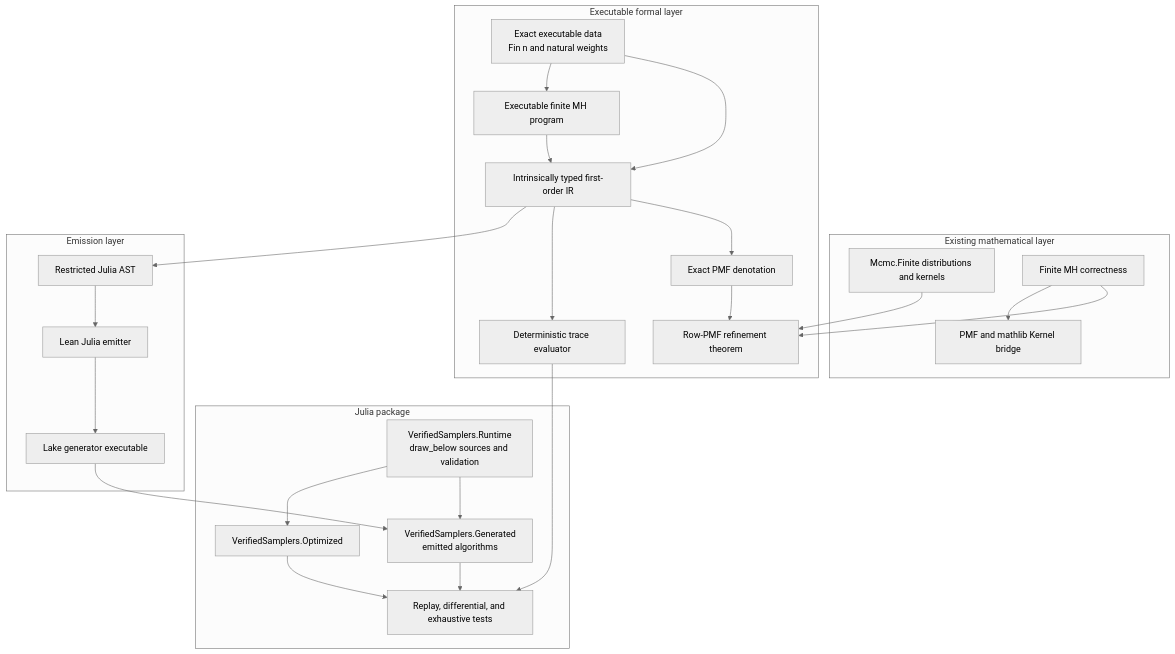
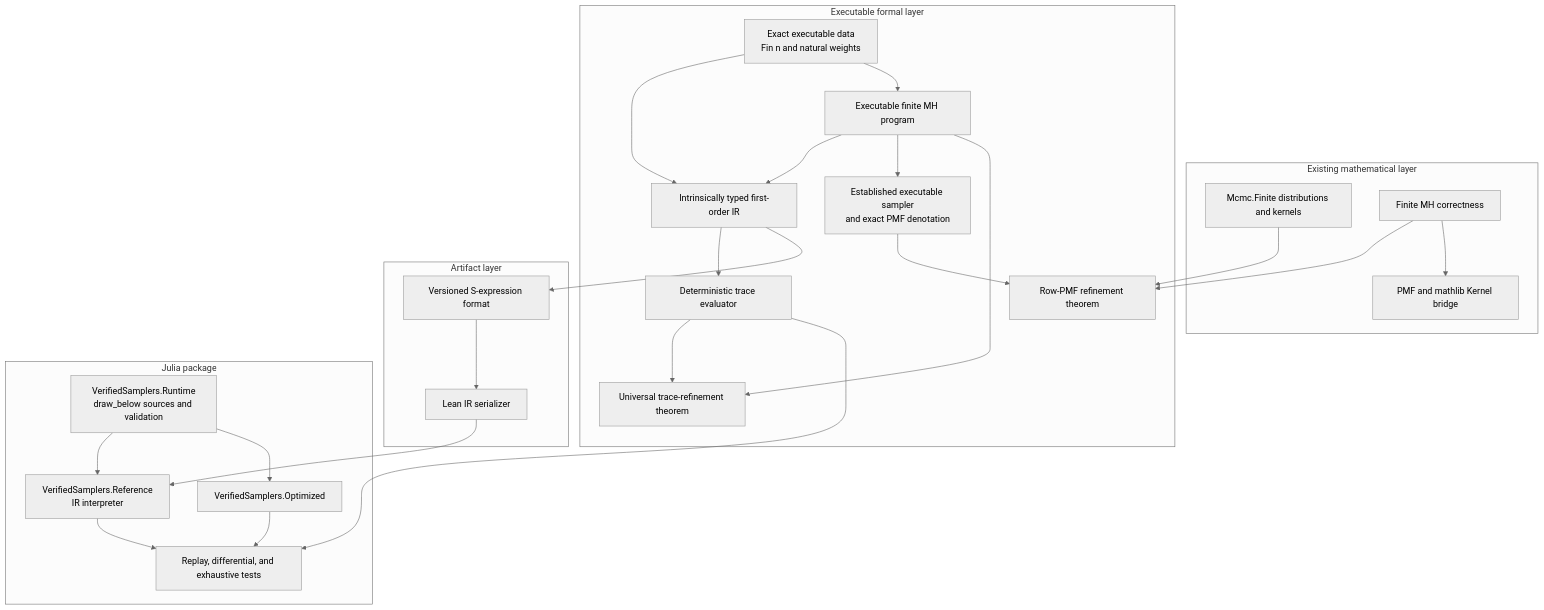
One commit to xukai92/mcmc-lean changed the diagram in docs/executable-architecture.md. Above: the diagram before and after it, drawn with Mermaid (neutral theme). The commit also changed other lines of this file and 28 other files, not shown here.

Commit message:
Make sampler IR the finite reference artifact

````diff
--- a/docs/executable-architecture.md
+++ b/docs/executable-architecture.md
@@ -64,47 +65,49 @@
 ```mermaid
 flowchart TB
   subgraph Math[Existing mathematical layer]
     FiniteTheory[Mcmc.Finite distributions and kernels]
     FiniteMH[Finite MH correctness]
     MeasureBridge[PMF and mathlib Kernel bridge]
   end
 
   subgraph Exec[Executable formal layer]
     Data[Exact executable data<br/>Fin n and natural weights]
     IR[Intrinsically typed first-order IR]
-    PMF[Exact PMF denotation]
+    PMF[Established executable sampler<br/>and exact PMF denotation]
     Trace[Deterministic trace evaluator]
     ExecMH[Executable finite MH program]
-    Refinement[Row-PMF refinement theorem]
+    TraceRefinement[Universal trace-refinement theorem]
+    PMFRefinement[Row-PMF refinement theorem]
   end
 
-  subgraph Emit[Emission layer]
-    JuliaAST[Restricted Julia AST]
-    Emitter[Lean Julia emitter]
-    Generator[Lake generator executable]
+  subgraph Emit[Artifact layer]
+    Format[Versioned S-expression format]
+    Generator[Lean IR serializer]
   end
 
   subgraph Julia[Julia package]
     Runtime[VerifiedSamplers.Runtime<br/>draw_below sources and validation]
-    Generated[VerifiedSamplers.Generated<br/>emitted algorithms]
+    Reference[VerifiedSamplers.Reference<br/>IR interpreter]
     Optimized[VerifiedSamplers.Optimized]
     Tests[Replay, differential, and exhaustive tests]
   end
 
   Data --> IR
-  IR --> PMF
   IR --> Trace
   Data --> ExecMH
   ExecMH --> IR
-  PMF --> Refinement
-  FiniteTheory --> Refinement
-  FiniteMH --> Refinement
+  ExecMH --> PMF
+  Trace --> TraceRefinement
+  ExecMH --> TraceRefinement
+  PMF --> PMFRefinement
+  FiniteTheory --> PMFRefinement
+  FiniteMH --> PMFRefinement
   FiniteMH --> MeasureBridge
 
-  IR --> JuliaAST --> Emitter --> Generator --> Generated
-  Runtime --> Generated
+  IR --> Format --> Generator --> Reference
+  Runtime --> Reference
   Runtime --> Optimized
-  Generated --> Tests
+  Reference --> Tests
   Optimized --> Tests
   Trace --> Tests
 ```
````
